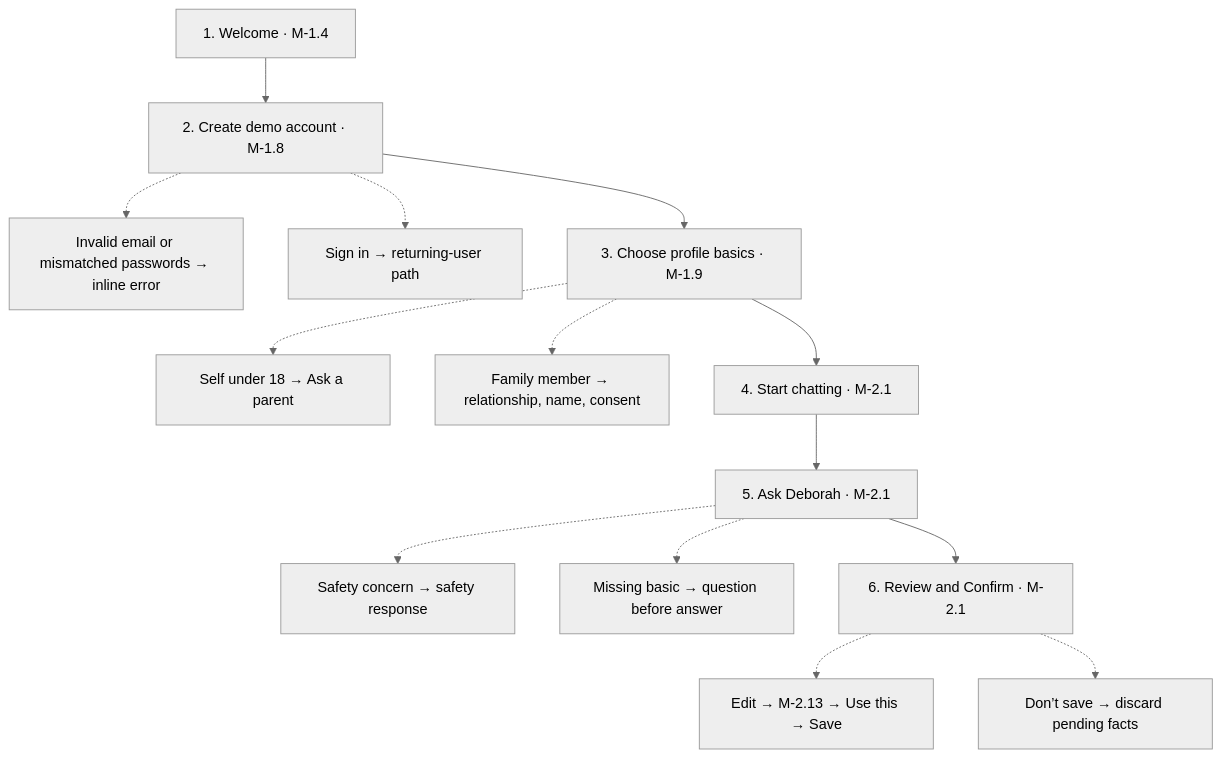
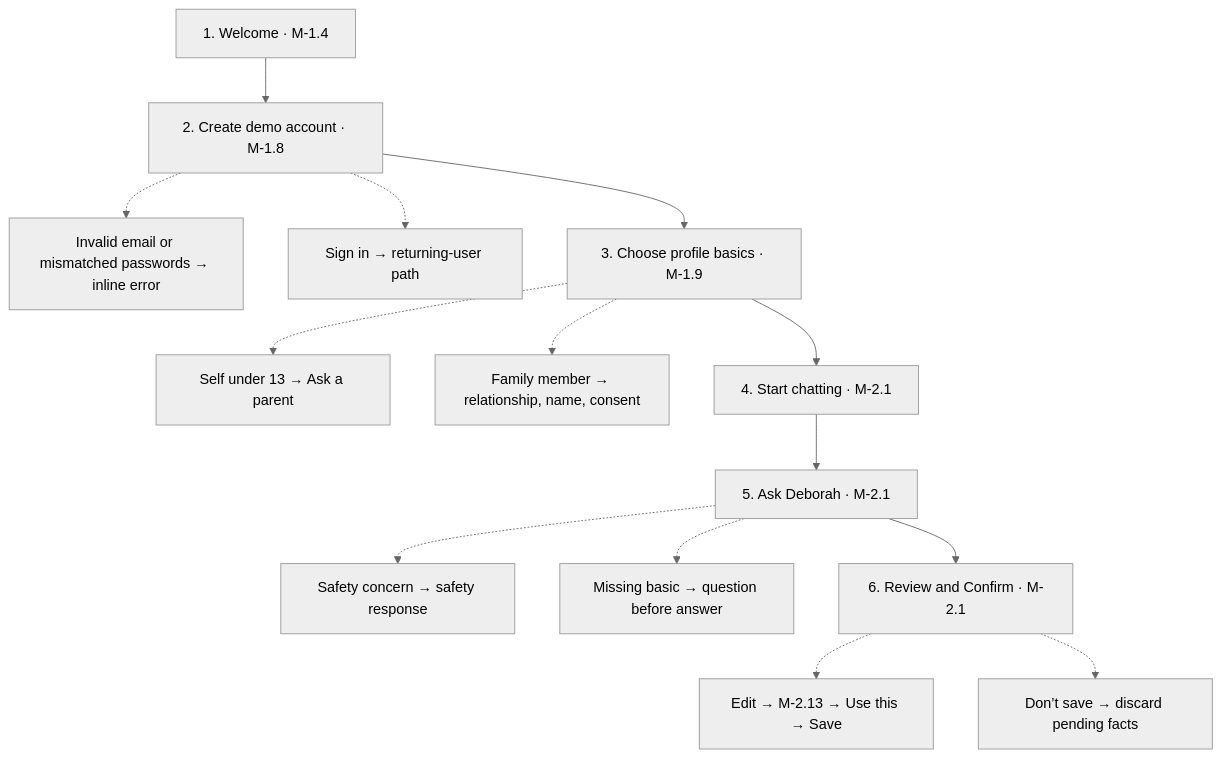
The first of 32 diagrams in JOURNEY_MAP.md (Ibrahim-tk/Deborah-app), drawn with Mermaid (neutral theme) before and after one commit. The commit also changed other lines of this file and 78 other files, not shown here.

````diff
--- a/JOURNEY_MAP.md
+++ b/JOURNEY_MAP.md
@@ -60,22 +60,22 @@
 ```mermaid
 flowchart TD
   N0["1. Welcome · M-1.4"]
   N1["2. Create demo account · M-1.8"]
   N0 --> N1
   N1 -.-> B1_0["Invalid email or mismatched passwords → inline error"]
   N1 -.-> B1_1["Sign in → returning-user path"]
   N2["3. Choose profile basics · M-1.9"]
   N1 --> N2
-  N2 -.-> B2_0["Self under 18 → Ask a parent"]
+  N2 -.-> B2_0["Self under 13 → Ask a parent"]
   N2 -.-> B2_1["Family member → relationship, name, consent"]
   N3["4. Start chatting · M-2.1"]
   N2 --> N3
   N4["5. Ask Deborah · M-2.1"]
   N3 --> N4
   N4 -.-> B4_0["Safety concern → safety response"]
   N4 -.-> B4_1["Missing basic → question before answer"]
   N5["6. Review and Confirm · M-2.1"]
   N4 --> N5
   N5 -.-> B5_0["Edit → M-2.13 → Use this → Save"]
   N5 -.-> B5_1["Don’t save → discard pending facts"]
 ```
````
